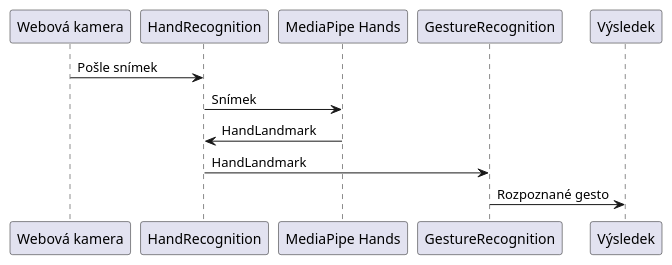
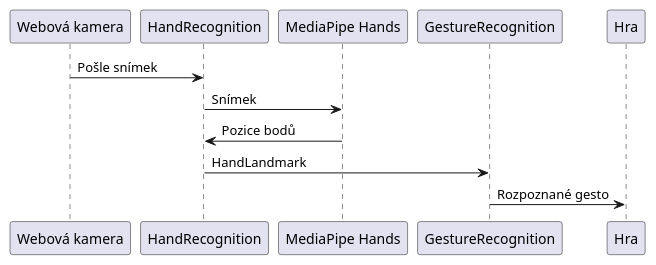
The diagram in docs/detekce_gest.puml (Venca321/Rocnikova-prace-2024), drawn with PlantUML before and after one commit. The commit also changed 2 other files, not shown here.

Commit message:
Change diagrams

```diff
--- a/docs/detekce_gest.puml
+++ b/docs/detekce_gest.puml
@@ -1,15 +1,15 @@
 @startuml
 
 participant "Webová kamera"
 participant "HandRecognition"
 participant "MediaPipe Hands"
 participant "GestureRecognition"
-participant "Výsledek"
+participant "Hra"
 
 "Webová kamera" -> "HandRecognition" : Pošle snímek
 "HandRecognition" -> "MediaPipe Hands" : Snímek
-"MediaPipe Hands" -> "HandRecognition" : HandLandmark
+"MediaPipe Hands" -> "HandRecognition" : Pozice bodů
 "HandRecognition" -> "GestureRecognition" : HandLandmark
-"GestureRecognition" -> "Výsledek" : Rozpoznané gesto
+"GestureRecognition" -> "Hra" : Rozpoznané gesto
 
 @enduml
```
